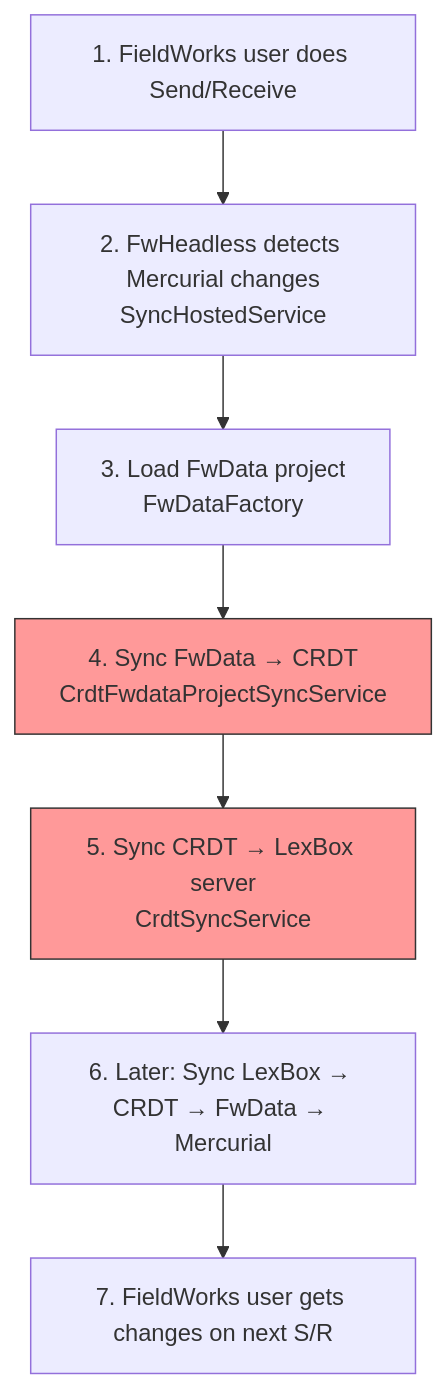
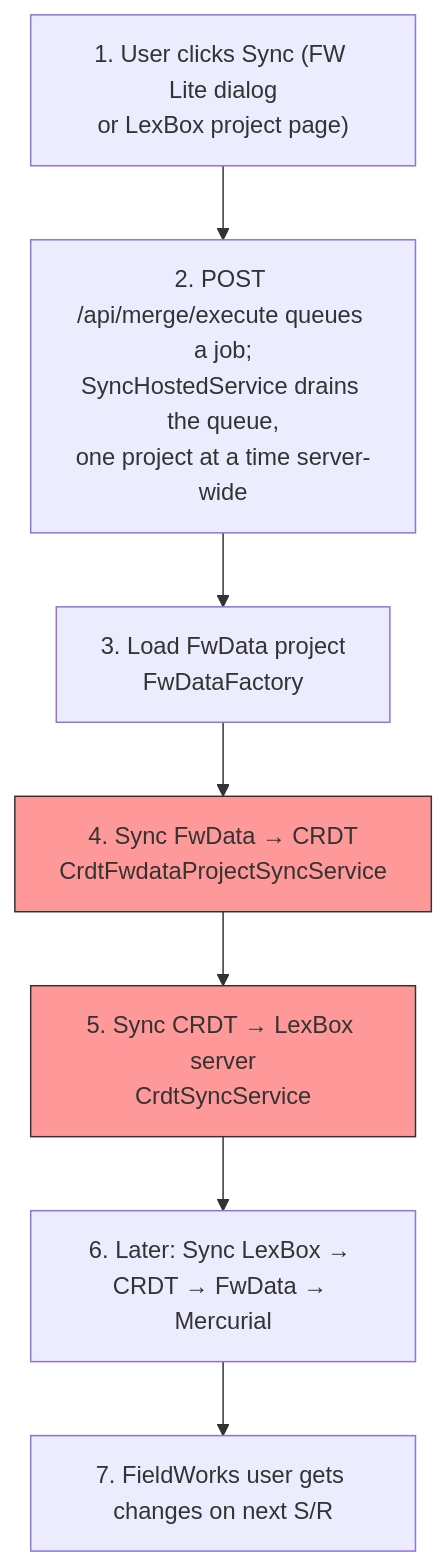
The second of 2 diagrams in backend/FwHeadless/AGENTS.md (sillsdev/languageforge-lexbox), drawn with Mermaid before and after one commit.

Commit message:
Fix FwHeadless sync-cycle doc: merge is user-triggered, not detected

````diff
--- a/backend/FwHeadless/AGENTS.md
+++ b/backend/FwHeadless/AGENTS.md
@@ -80,12 +80,12 @@
 ```mermaid
 flowchart TD
-    A[1. FieldWorks user does Send/Receive] --> B[2. FwHeadless detects Mercurial changes<br/>SyncHostedService]
+    A["1. User clicks Sync (FW Lite dialog<br/>or LexBox project page)"] --> B["2. POST /api/merge/execute queues a job;<br/>SyncHostedService drains the queue,<br/>one project at a time server-wide"]
     B --> C[3. Load FwData project<br/>FwDataFactory]
     C --> D[4. Sync FwData → CRDT<br/>CrdtFwdataProjectSyncService]
     D --> E[5. Sync CRDT → LexBox server<br/>CrdtSyncService]
     E --> F[6. Later: Sync LexBox → CRDT → FwData → Mercurial]
     F --> G[7. FieldWorks user gets changes on next S/R]
     
     style D fill:#f99,stroke:#333
     style E fill:#f99,stroke:#333
 ```
````
